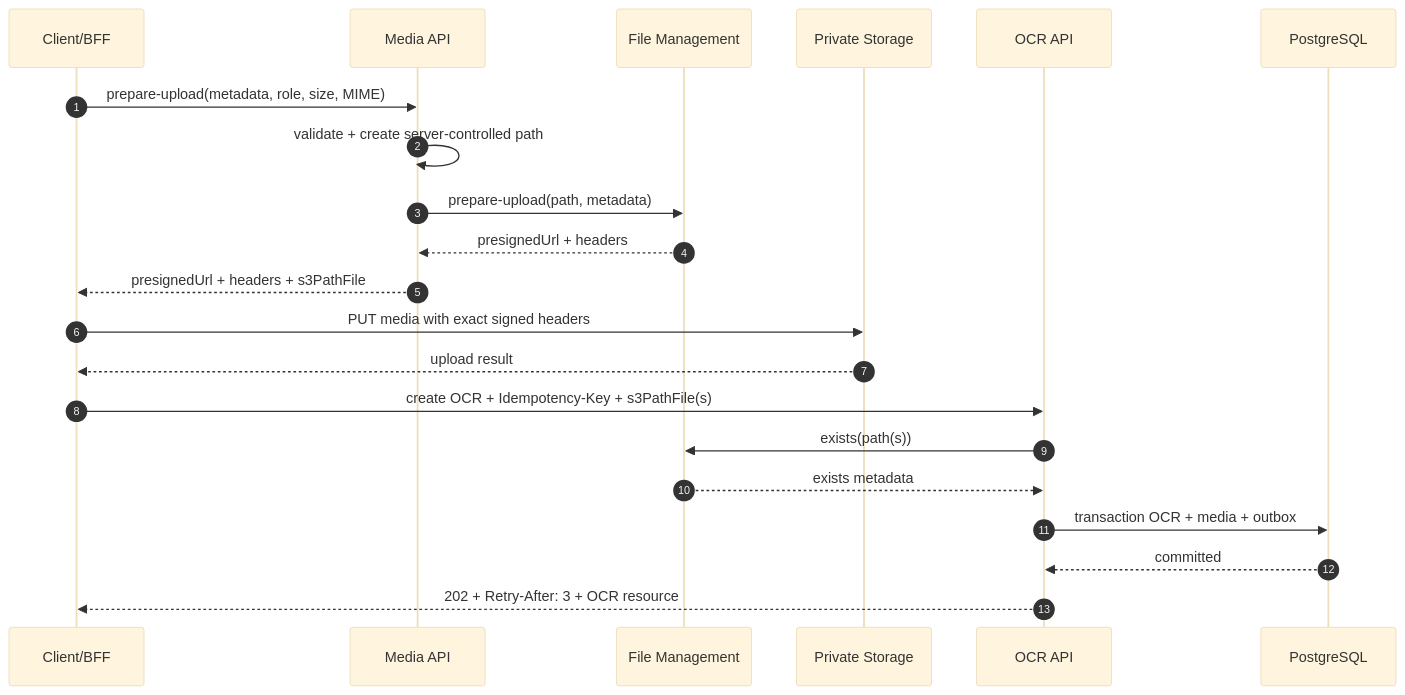
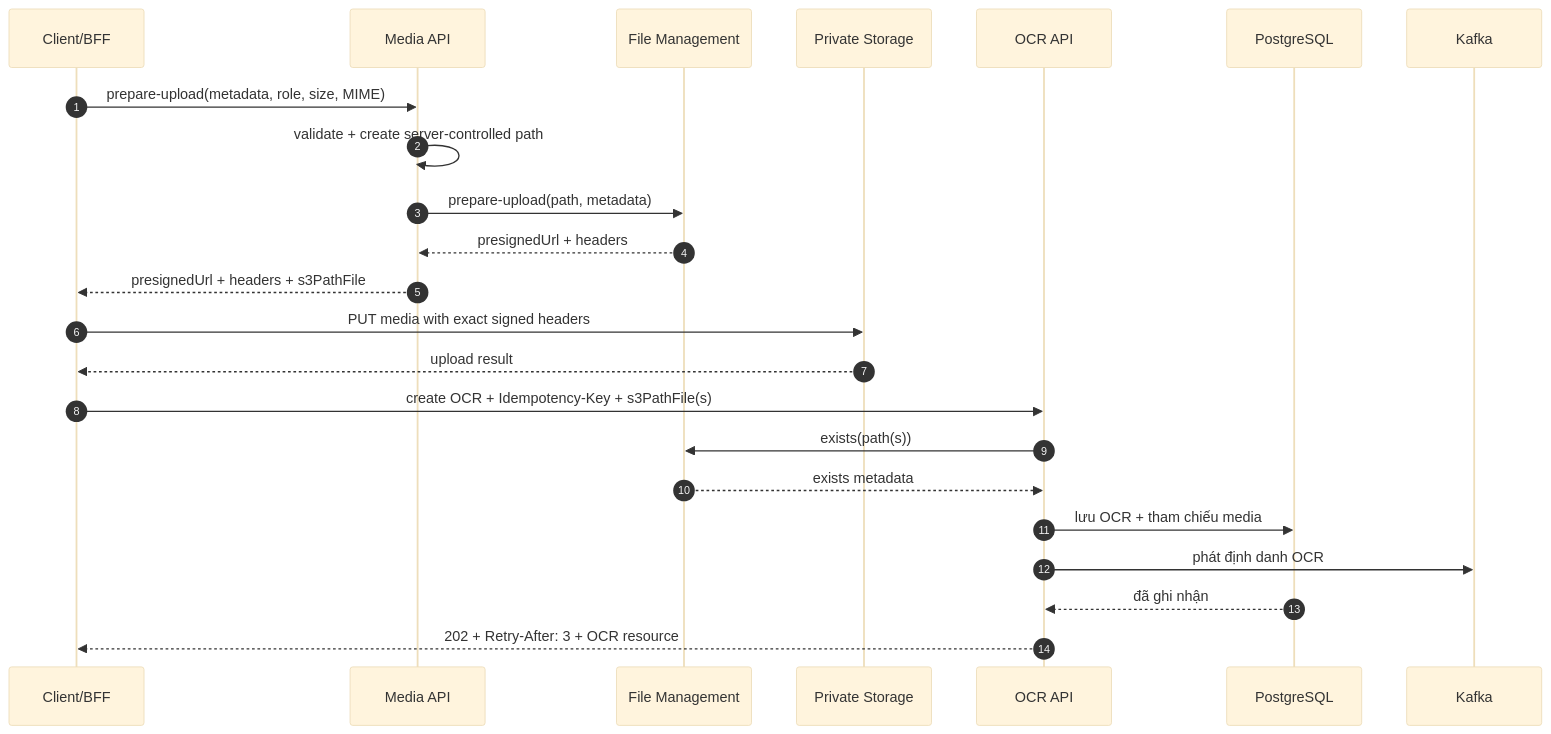
Before and after one commit to huynv-xyz/vhm: the eighth of 12 diagrams in tdd-ocr-ekyc.md, drawn with Mermaid (base theme). The commit also changed other lines of this file, not shown here.

````diff
--- a/tdd-ocr-ekyc.md
+++ b/tdd-ocr-ekyc.md
@@ -926,24 +854,26 @@
 ```mermaid
 sequenceDiagram
     autonumber
     participant C as Client/BFF
     participant M as Media API
     participant F as File Management
     participant S as Private Storage
     participant A as OCR API
     participant D as PostgreSQL
+    participant K as Kafka
 
     C->>M: prepare-upload(metadata, role, size, MIME)
     M->>M: validate + create server-controlled path
     M->>F: prepare-upload(path, metadata)
     F-->>M: presignedUrl + headers
     M-->>C: presignedUrl + headers + s3PathFile
     C->>S: PUT media with exact signed headers
     S-->>C: upload result
     C->>A: create OCR + Idempotency-Key + s3PathFile(s)
     A->>F: exists(path(s))
     F-->>A: exists metadata
-    A->>D: transaction OCR + media + outbox
-    D-->>A: committed
+    A->>D: lưu OCR + tham chiếu media
+    A->>K: phát định danh OCR
+    D-->>A: đã ghi nhận
     A-->>C: 202 + Retry-After: 3 + OCR resource
 ```
````
